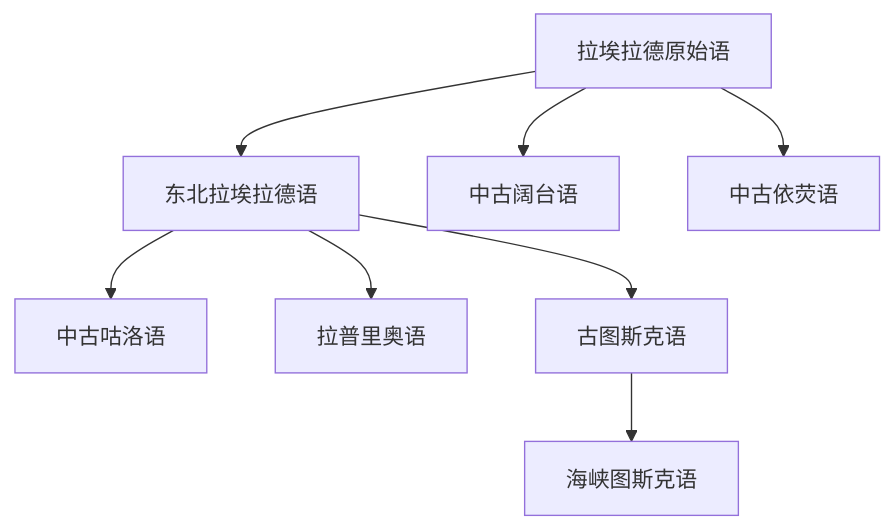
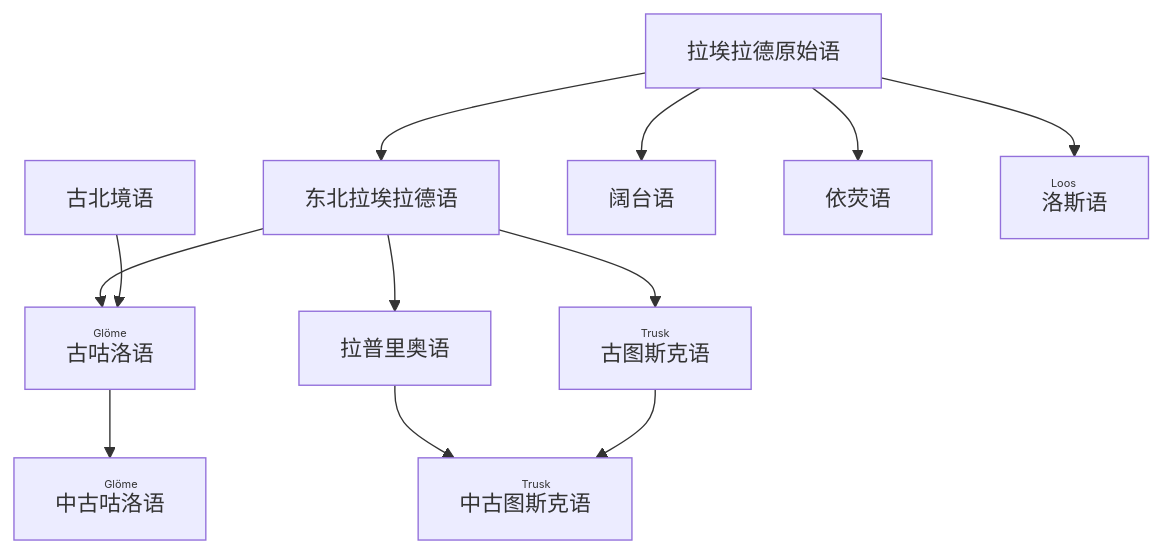
One commit to PhychiasLokDansk/Laaerad changed the diagram in docs/拉埃拉德/laaerad 简介.md. Above: the diagram before and after it, drawn with Mermaid. The commit also changed 5 other files, not shown here.

````diff
--- a/docs/拉埃拉德/laaerad 简介.md
+++ b/docs/拉埃拉德/laaerad 简介.md
@@ -108,10 +108,14 @@
 ```mermaid
 graph TD
   A[拉埃拉德原始语] --> B[东北拉埃拉德语];
-  B --> C[中古咕洛语];
+  B --> C[古<ruby>咕洛<rt>Glöme</rt></ruby>语];
   B --> D[拉普里奥语];
-  B --> E[古图斯克语];
-  E --> F[海峡图斯克语];
-  A --> G[中古阔台语];
-  A --> H[中古依荧语];
+  B --> E[古<ruby>图斯克<rt>Trusk</rt></ruby>语];
+  D --> F;
+  E --> F[中古<ruby>图斯克<rt>Trusk</rt></ruby>语];
+  C --> K[中古<ruby>咕洛<rt>Glöme</rt></ruby>语];
+  J[古北境语] --> C;
+  A --> G[阔台语];
+  A --> H[依荧语];
+  A --> I[<ruby>洛斯<rt>Loos</rt></ruby>语];
 ```
````
